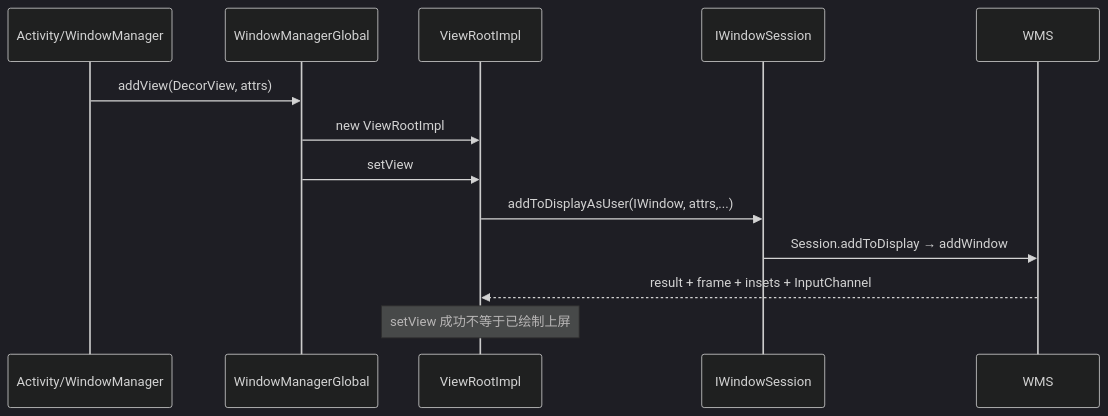
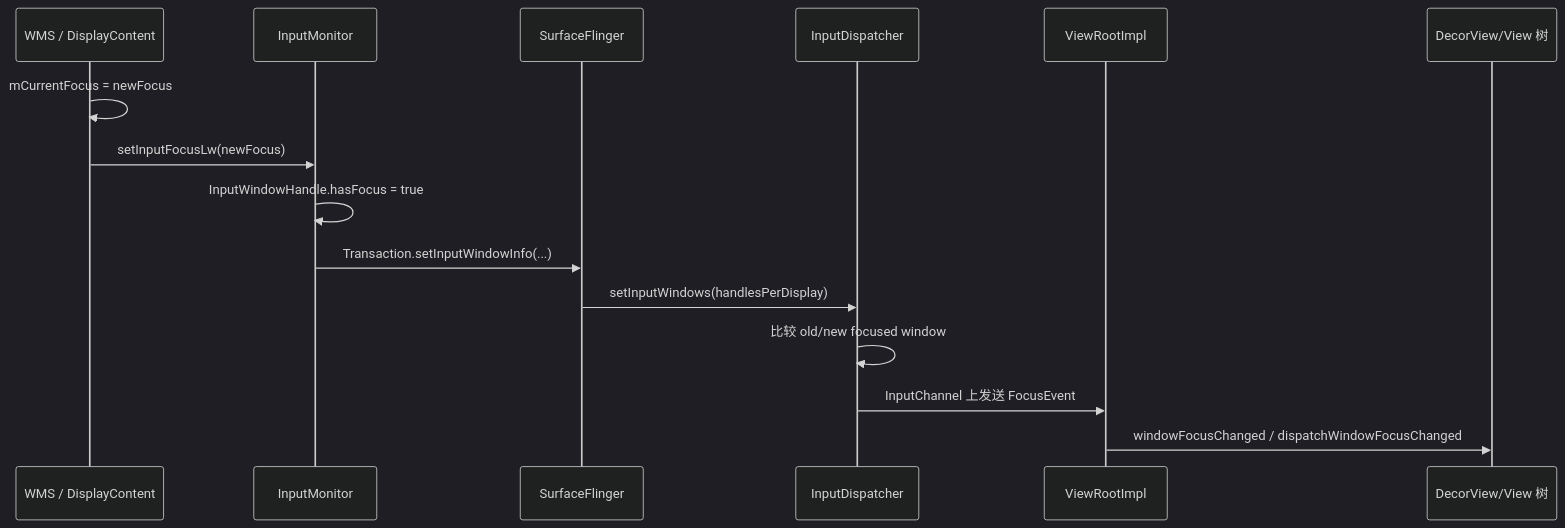
One commit to junyingzhao001/StudyNotes changed the second of 2 diagrams in Android源码学习/19-WMS窗口管理与焦点切换.md. Above: the diagram before and after it, drawn with Mermaid (dark theme). The commit also changed other lines of this file and 93 other files, not shown here.

````diff
--- a/Android源码学习/19-WMS窗口管理与焦点切换.md
+++ b/Android源码学习/19-WMS窗口管理与焦点切换.md
@@ -369,15 +474,18 @@
 ```mermaid
 sequenceDiagram
-    participant A as Activity/WindowManager
-    participant G as WindowManagerGlobal
-    participant V as ViewRootImpl
-    participant S as IWindowSession
-    participant W as WMS
-    A->>G: addView(DecorView, attrs)
-    G->>V: new ViewRootImpl
-    G->>V: setView
-    V->>S: addToDisplayAsUser(IWindow, attrs,...)
-    S->>W: Session.addToDisplay → addWindow
-    W-->>V: result + frame + insets + InputChannel
-    Note over V: setView 成功不等于已绘制上屏
+    participant WMS as WMS / DisplayContent
+    participant IM as InputMonitor
+    participant SF as SurfaceFlinger
+    participant ID as InputDispatcher
+    participant VRI as ViewRootImpl
+    participant View as DecorView/View 树
+
+    WMS->>WMS: mCurrentFocus = newFocus
+    WMS->>IM: setInputFocusLw(newFocus)
+    IM->>IM: InputWindowHandle.hasFocus = true
+    IM->>SF: Transaction.setInputWindowInfo(...)
+    SF->>ID: setInputWindows(handlesPerDisplay)
+    ID->>ID: 比较 old/new focused window
+    ID->>VRI: InputChannel 上发送 FocusEvent
+    VRI->>View: windowFocusChanged / dispatchWindowFocusChanged
 ```
````
